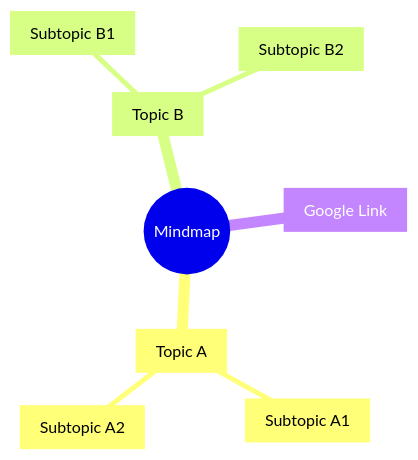
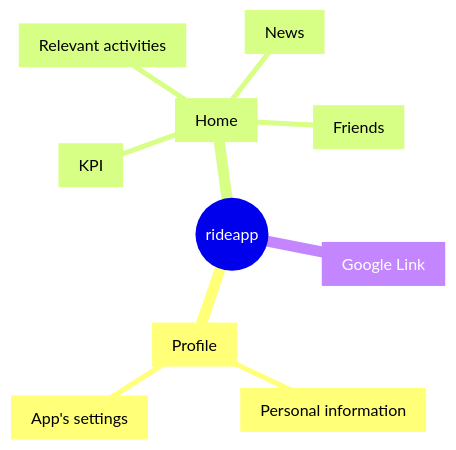
Before and after one commit to mmoscosodcl/rideapp: the diagram in README.md, drawn with Mermaid. The commit also changed other lines of this file, not shown here.

Commit message:
README updated with mermain mindmap and erDiagram

````diff
--- a/README.md
+++ b/README.md
@@ -5,11 +5,13 @@
 ```mermaid
 mindmap
-  root((Mindmap))
-    A[Topic A]
-      A1[Subtopic A1]
-      A2[Subtopic A2]
-    B[Topic B]
-      B1[Subtopic B1]
-      B2[Subtopic B2]
+  root((rideapp))
+    A[Profile]
+      A1[Personal information]
+      A2[App's settings]
+    B[Home]
+      B1[KPI]
+      B2[Relevant activities]
+      B3[News]
+      B4[Friends]
     C[Google Link]
 ```
````
